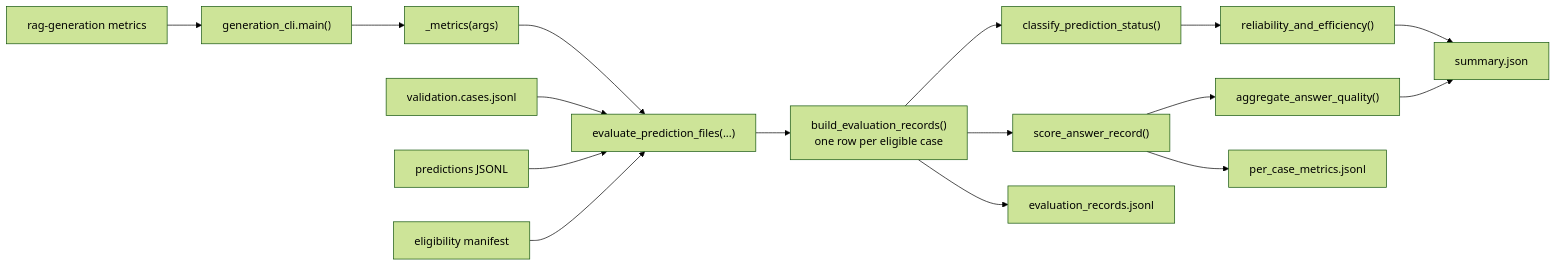
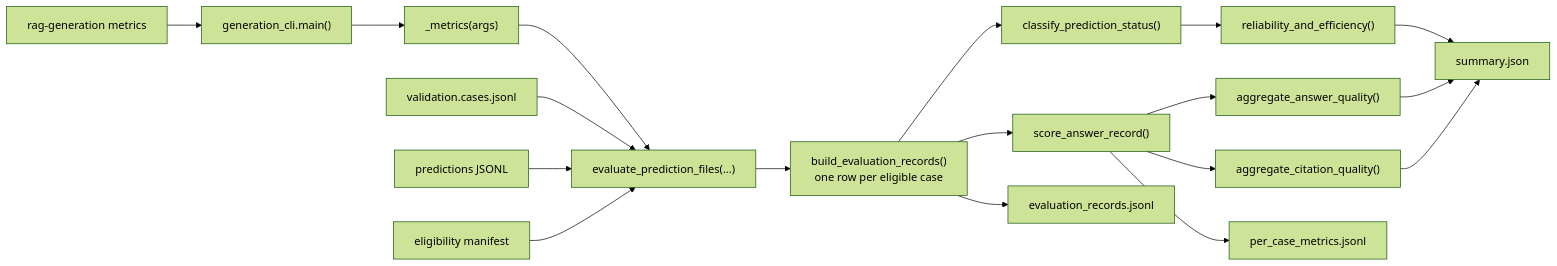
One commit to AaronYXZ/Financial_RAG changed the fourth of 4 diagrams in generation_smoke_test_execution.md. Above: the diagram before and after it, drawn with Mermaid (forest theme). The commit also changed other lines of this file and 5 other files, not shown here.

````diff
--- a/generation_smoke_test_execution.md
+++ b/generation_smoke_test_execution.md
@@ -525,18 +525,20 @@
 ```mermaid
 flowchart LR
     Command["rag-generation metrics"] --> Main["generation_cli.main()"]
     Main --> Handler["_metrics(args)"]
     Handler --> Evaluate["evaluate_prediction_files(...)"]
     Cases["validation.cases.jsonl"] --> Evaluate
     Predictions["predictions JSONL"] --> Evaluate
     Eligibility["eligibility manifest"] --> Evaluate
     Evaluate --> Join["build_evaluation_records()<br/>one row per eligible case"]
     Join --> Status["classify_prediction_status()"]
     Join --> Quality["score_answer_record()"]
     Status --> Reliability["reliability_and_efficiency()"]
     Quality --> Aggregate["aggregate_answer_quality()"]
+    Quality --> Citations["aggregate_citation_quality()"]
     Reliability --> Summary["summary.json"]
     Aggregate --> Summary
+    Citations --> Summary
     Join --> Records["evaluation_records.jsonl"]
     Quality --> PerCase["per_case_metrics.jsonl"]
 ```
````
